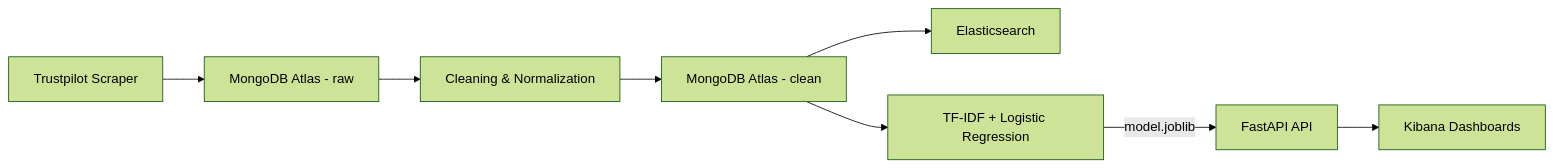
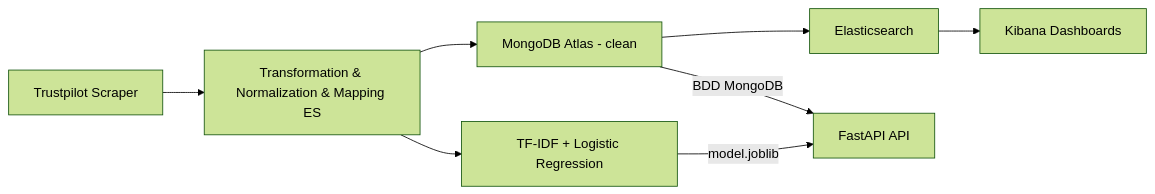
Before and after one commit to AbderraoufBou14/trustpilot-sentiment-data-pipeline: the diagram in README.md, drawn with Mermaid (forest theme).

Commit message:
Update architecture diagram in README.md

````diff
--- a/README.md
+++ b/README.md
@@ -25,10 +25,10 @@
 ```mermaid
 flowchart LR
-    A[Trustpilot Scraper] --> B[MongoDB Atlas - raw];
-    B --> C[Cleaning & Normalization];
-    C --> D[MongoDB Atlas - clean];
-    D --> E[Elasticsearch];
-    D --> F[TF-IDF + Logistic Regression];
+    A[Trustpilot Scraper] --> B[Transformation & Normalization & Mapping ES];
+    B --> C[MongoDB Atlas - clean];
+    C --> D[Elasticsearch];
+    B --> F[TF-IDF + Logistic Regression];
+    C -->|BDD MongoDB| G[FastAPI API];
     F -->|model.joblib| G[FastAPI API];
-    G --> H[Kibana Dashboards];
+    D --> H[Kibana Dashboards];
 ```
````
